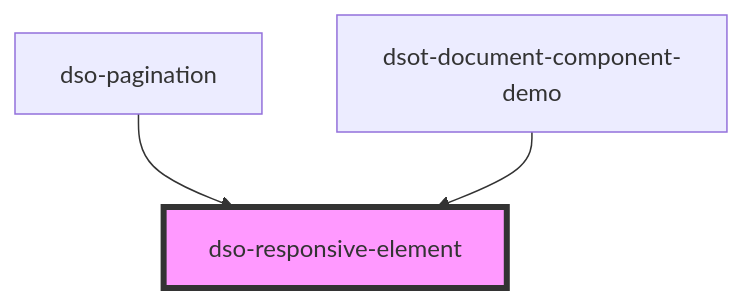
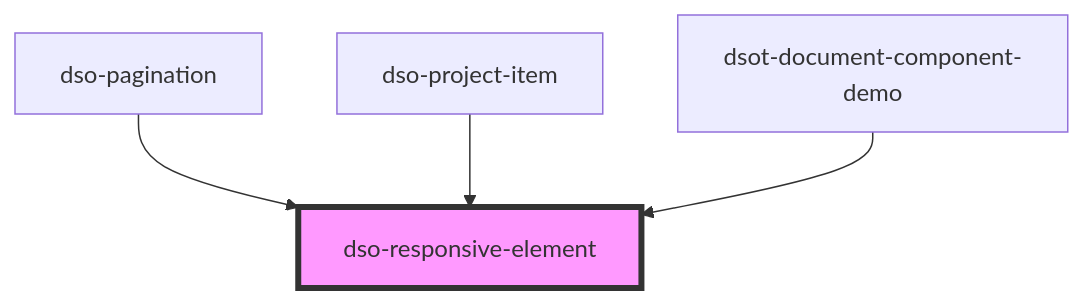
The diagram in packages/core/src/components/responsive-element/readme.md (dso-toolkit/dso-toolkit), drawn with Mermaid before and after one commit. The commit also changed other lines of this file and 3 other files, not shown here.

````diff
--- a/packages/core/src/components/responsive-element/readme.md
+++ b/packages/core/src/components/responsive-element/readme.md
@@ -34,6 +35,7 @@
 ```mermaid
 graph TD;
   dso-pagination --> dso-responsive-element
+  dso-project-item --> dso-responsive-element
   dsot-document-component-demo --> dso-responsive-element
   style dso-responsive-element fill:#f9f,stroke:#333,stroke-width:4px
 ```
````
